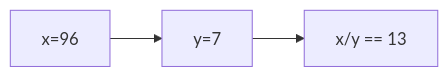
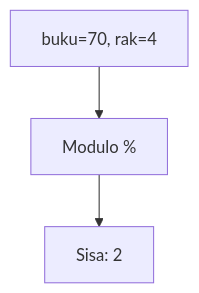
One commit to amnahwaida/OSNK_INF_PREP changed the ninth of 25 diagrams in part-c-pemahaman-cpp/01-tipe-data/latihan/set-11.md. Above: the diagram before and after it, drawn with Mermaid. The commit also changed other lines of this file and 71 other files, not shown here.

````diff
--- a/part-c-pemahaman-cpp/01-tipe-data/latihan/set-11.md
+++ b/part-c-pemahaman-cpp/01-tipe-data/latihan/set-11.md
@@ -213,5 +250,5 @@
 ```mermaid
-graph LR
-A["x=96"] --> B["y=7"]
-B --> C["x/y == 13"]
+graph TD
+A["buku=70, rak=4"] --> B["Modulo %"]
+B --> C["Sisa: 2"]
 ```
````
